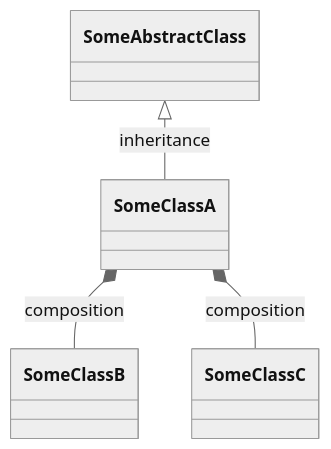
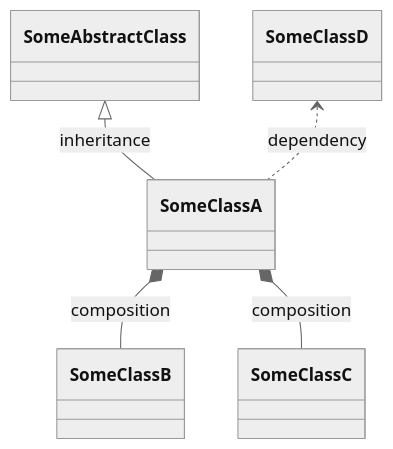
One commit to tasuku43/php-mermaid-class-diagram changed the second of 2 diagrams in README.md. Above: the diagram before and after it, drawn with Mermaid (neutral theme). The commit also changed other lines of this file, not shown here.

````diff
--- a/README.md
+++ b/README.md
@@ -106,9 +139,10 @@
 ```mermaid
 classDiagram
     class SomeClassA {
     }
 
     SomeAbstractClass <|-- SomeClassA: inheritance
     SomeClassA *-- SomeClassB: composition
     SomeClassA *-- SomeClassC: composition
+    SomeClassD <.. SomeClassA: dependency
 ```
````
